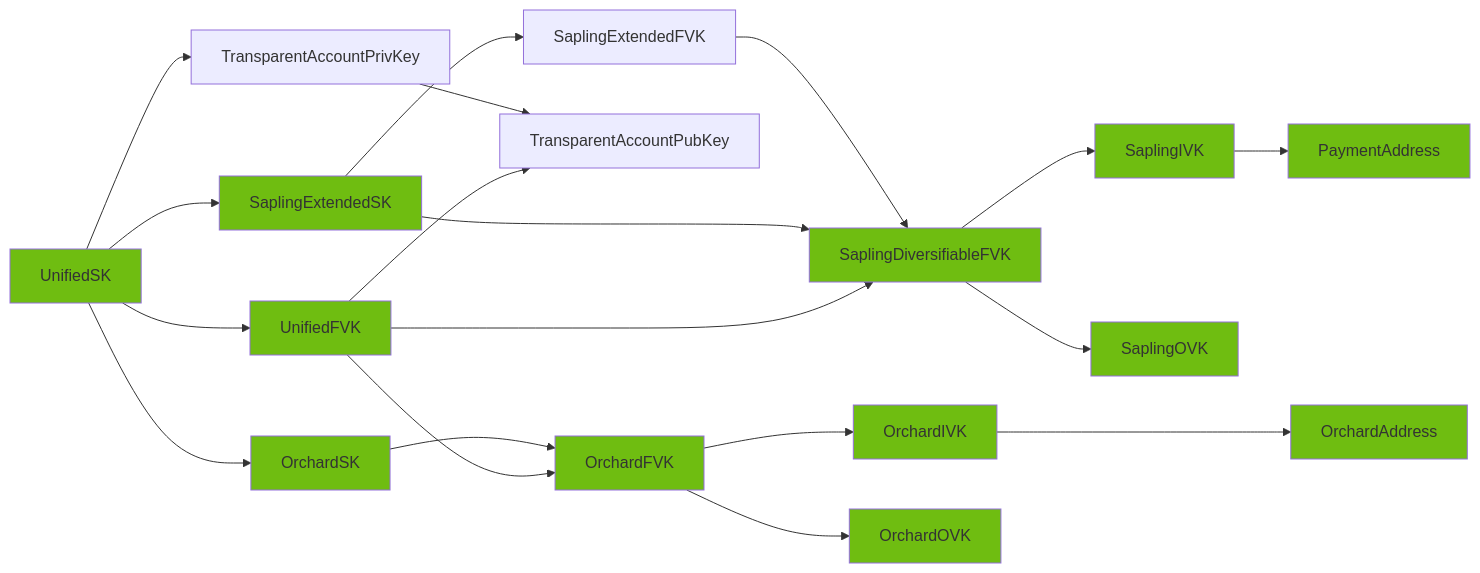
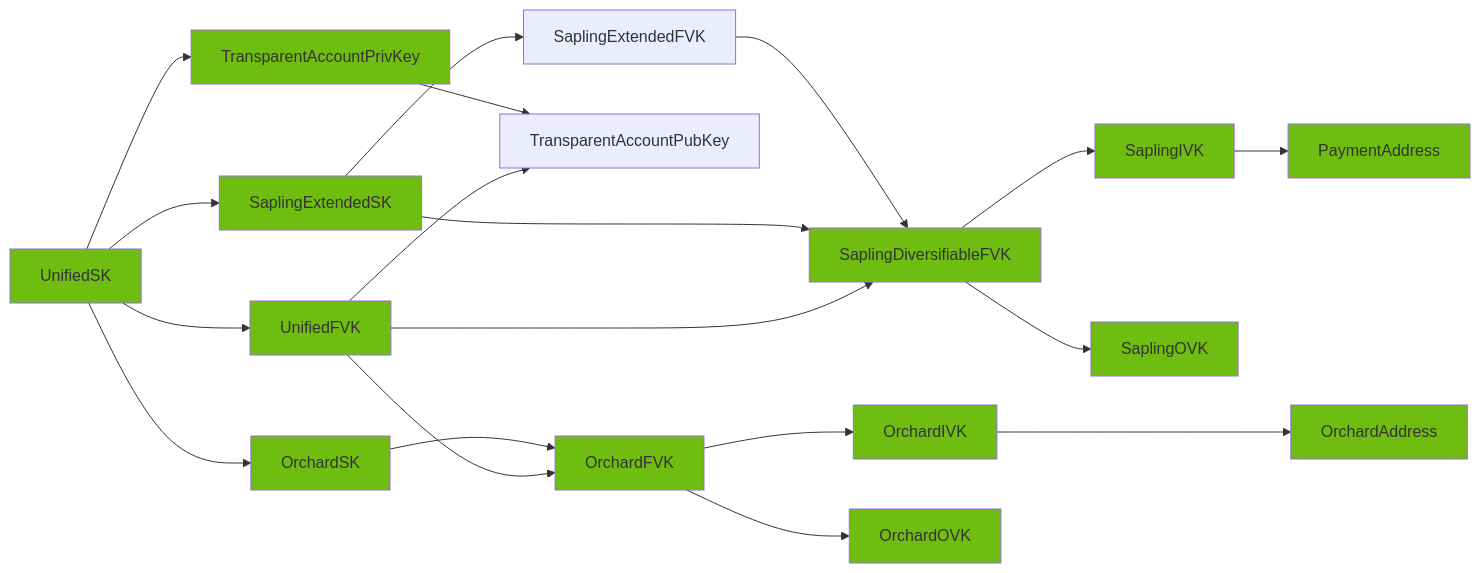
One commit to eigerco/uniffi-zcash-lib changed the diagram in STATUS.md. Above: the diagram before and after it, drawn with Mermaid. The commit also changed other lines of this file and 8 other files, not shown here.

Commit message:
Complete ZcashAccountPrivKey implementation (#73)

````diff
--- a/STATUS.md
+++ b/STATUS.md
@@ -8,35 +8,36 @@
 ```mermaid
 graph LR;
+style TransparentAccountPrivKey fill:#6FBD11
 style UnifiedSK fill:#6FBD11
 style UnifiedFVK fill:#6FBD11
 style SaplingDiversifiableFVK fill:#6FBD11
 style SaplingIVK fill:#6FBD11
 style SaplingOVK fill:#6FBD11
 style PaymentAddress fill:#6FBD11
 style OrchardFVK fill:#6FBD11
 style OrchardIVK fill:#6FBD11
 style OrchardOVK fill:#6FBD11
 style OrchardAddress fill:#6FBD11
 style SaplingExtendedSK fill:#6FBD11
 style OrchardSK fill:#6FBD11
 
 
 UnifiedSK-->TransparentAccountPrivKey
 TransparentAccountPrivKey-->TransparentAccountPubKey
 UnifiedSK-->SaplingExtendedSK
 SaplingExtendedSK-->SaplingExtendedFVK
 SaplingExtendedFVK-->SaplingDiversifiableFVK
 SaplingDiversifiableFVK-->SaplingIVK
 SaplingIVK-->PaymentAddress
 SaplingDiversifiableFVK-->SaplingOVK
 SaplingExtendedSK-->SaplingDiversifiableFVK
 UnifiedSK-->OrchardSK
 OrchardSK-->OrchardFVK
 OrchardFVK-->OrchardIVK
 OrchardIVK--->OrchardAddress
 OrchardFVK-->OrchardOVK
 UnifiedFVK-->TransparentAccountPubKey
 UnifiedFVK-->SaplingDiversifiableFVK
 UnifiedFVK-->OrchardFVK
 UnifiedSK-->UnifiedFVK
 ```
````
